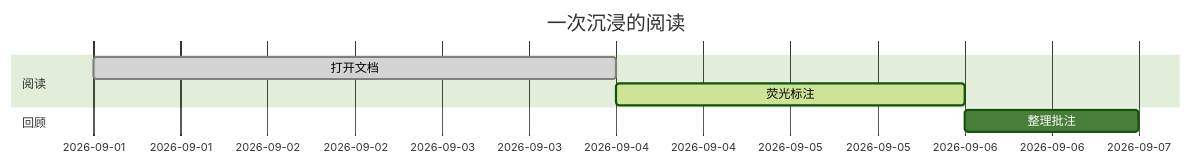
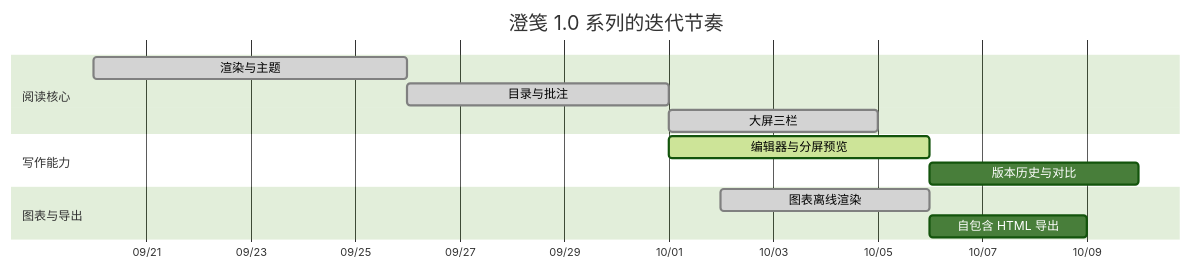
The fifth of 7 diagrams in entry/src/main/resources/rawfile/chengjian.md (FengHDSL/LiteMdReader-HarmonyOS), drawn with Mermaid (forest theme) before and after one commit. The commit also changed other lines of this file and 26 other files, not shown here.

````diff
--- a/entry/src/main/resources/rawfile/chengjian.md
+++ b/entry/src/main/resources/rawfile/chengjian.md
@@ -222,10 +292,16 @@
 ```mermaid
 gantt
-    title 一次沉浸的阅读
-    dateFormat  YYYY-MM-DD
-    section 阅读
-    打开文档       :done,    a1, 2026-09-01, 3d
-    荧光标注       :active,  a2, after a1, 2d
-    section 回顾
-    整理批注       :         a3, after a2, 1d
+  title 澄笺 1.0 系列的迭代节奏
+  dateFormat YYYY-MM-DD
+  axisFormat %m/%d
+  section 阅读核心
+  渲染与主题           :done,    a1, 2026-09-20, 6d
+  目录与批注           :done,    a2, after a1, 5d
+  大屏三栏             :done,    a3, after a2, 4d
+  section 写作能力
+  编辑器与分屏预览     :active,  b1, 2026-10-01, 5d
+  版本历史与对比       :         b2, after b1, 4d
+  section 图表与导出
+  图表离线渲染         :done,    c1, 2026-10-02, 4d
+  自包含 HTML 导出     :         c2, after c1, 3d
 ```
````
